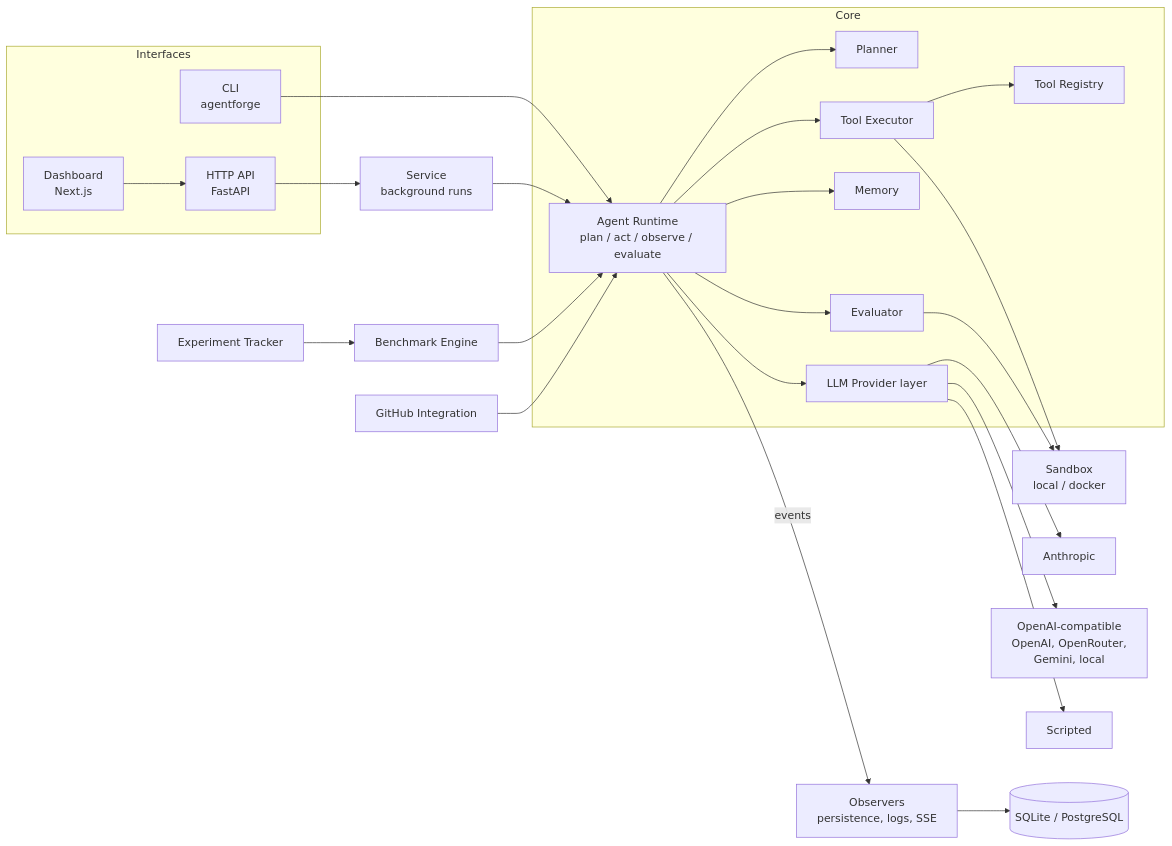
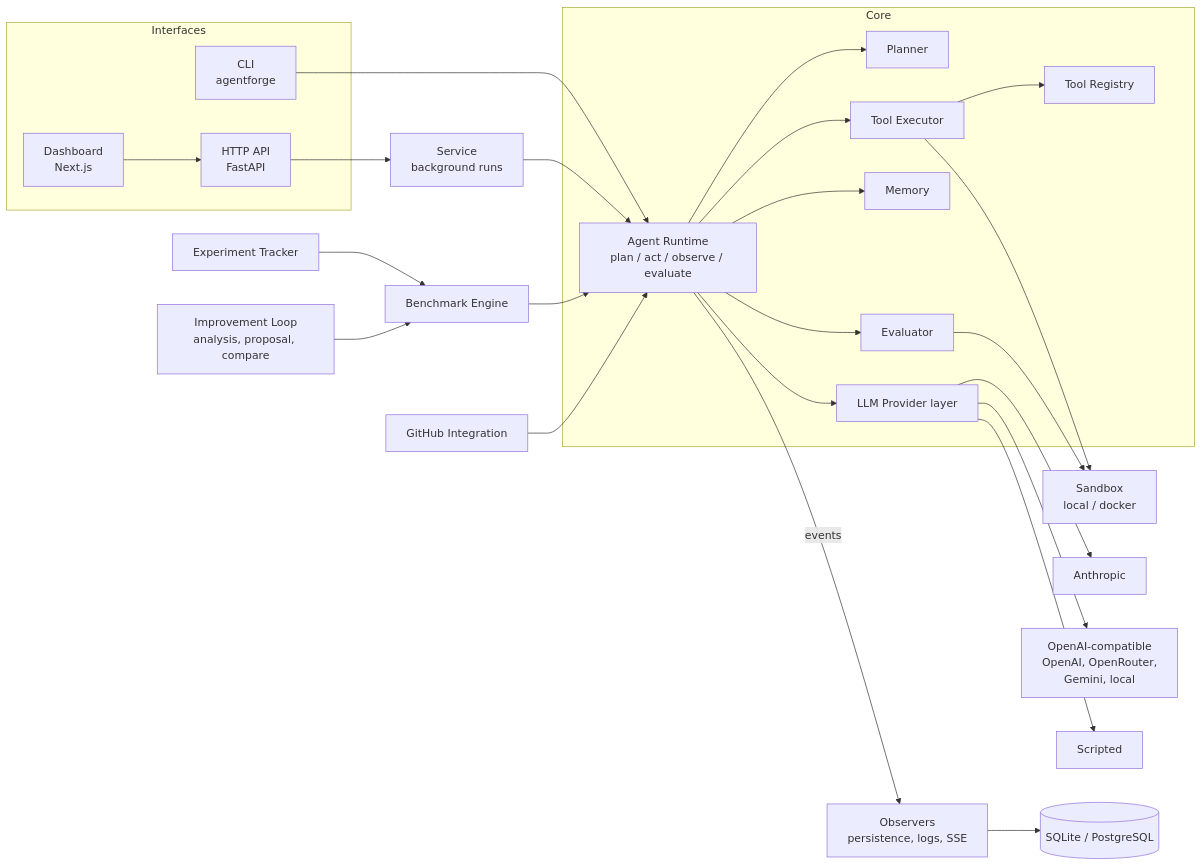
One commit to ege-arhan/Agent-Forge changed the diagram in ARCHITECTURE.md. Above: the diagram before and after it, drawn with Mermaid. The commit also changed other lines of this file and 13 other files, not shown here.

````diff
--- a/ARCHITECTURE.md
+++ b/ARCHITECTURE.md
@@ -10,41 +10,42 @@
 ```mermaid
 flowchart LR
     subgraph Interfaces
         CLI[CLI<br/>agentforge]
         API[HTTP API<br/>FastAPI]
         WEB[Dashboard<br/>Next.js]
     end
     WEB --> API
     CLI --> RT
     API --> SVC[Service<br/>background runs]
     SVC --> RT
 
     subgraph Core
         RT[Agent Runtime<br/>plan / act / observe / evaluate]
         PL[Planner]
         EX[Tool Executor]
         REG[Tool Registry]
         MEM[Memory]
         LLM[LLM Provider layer]
         EV[Evaluator]
     end
     RT --> PL
     RT --> LLM
     RT --> EX
     EX --> REG
     RT --> MEM
     RT --> EV
     EX --> SB[Sandbox<br/>local / docker]
     EV --> SB
 
     LLM --> P1[Anthropic]
     LLM --> P2[OpenAI-compatible<br/>OpenAI, OpenRouter,<br/>Gemini, local]
     LLM --> P3[Scripted]
 
     BE[Benchmark Engine] --> RT
     XP[Experiment Tracker] --> BE
+    IL[Improvement Loop<br/>analysis, proposal, compare] --> BE
     GH[GitHub Integration] --> RT
 
     RT -- events --> OBS[Observers<br/>persistence, logs, SSE]
     OBS --> DB[(SQLite / PostgreSQL)]
 ```
````
